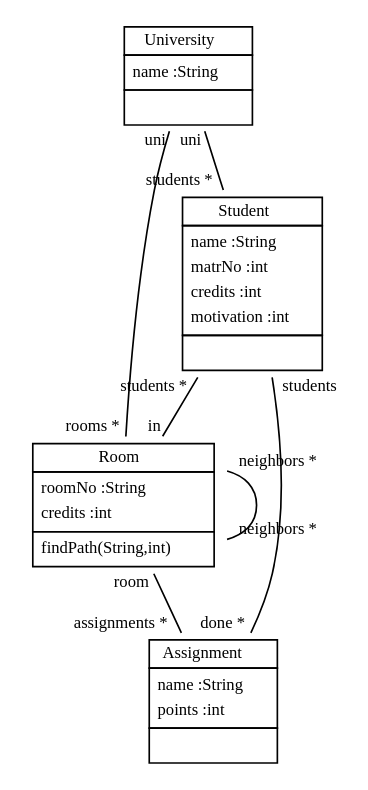
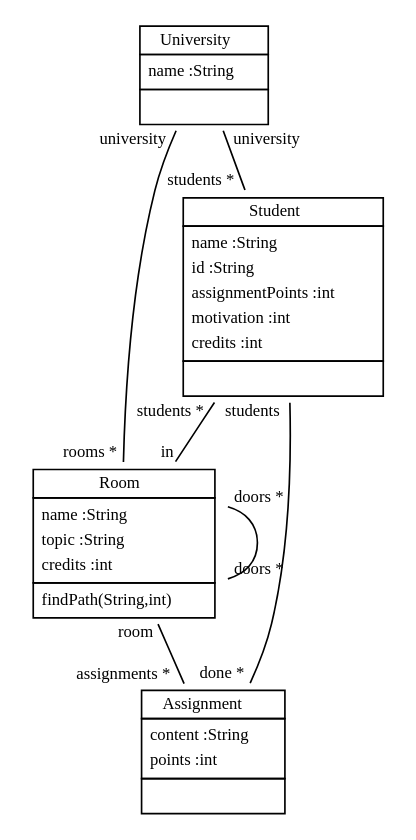
Before and after one commit to fujaba/SDMLib: the diagram in doc/StudyRightClasses04b.dot, drawn with Graphviz. The commit also changed 43 other files, not shown here.

```diff
--- a/doc/StudyRightClasses04b.dot
+++ b/doc/StudyRightClasses04b.dot
@@ -1,20 +1,20 @@
 
  digraph ClassDiagram {
     node [shape = none, fontsize = 10]; 
     edge [fontsize = 10];
     
     
-    _University [label=<<table border='0' cellborder='1' cellspacing='0'> <tr> <td HREF="../examples/org/sdmlib/examples/studyright/University.java">University</td> </tr> <tr><td><table border='0' cellborder='0' cellspacing='0'> <tr><td align='left'>name :String</td></tr>  </table></td></tr> <tr><td><table border='0' cellborder='0' cellspacing='0'> <tr><td> </td></tr> </table></td></tr> </table>>];
-    _Student [label=<<table border='0' cellborder='1' cellspacing='0'> <tr> <td HREF="../examples/org/sdmlib/examples/studyright/Student.java">Student</td> </tr> <tr><td><table border='0' cellborder='0' cellspacing='0'> <tr><td align='left'>name :String</td></tr> <tr><td align='left'>matrNo :int</td></tr> <tr><td align='left'>credits :int</td></tr> <tr><td align='left'>motivation :int</td></tr>  </table></td></tr> <tr><td><table border='0' cellborder='0' cellspacing='0'> <tr><td> </td></tr> </table></td></tr> </table>>];
-    _Room [label=<<table border='0' cellborder='1' cellspacing='0'> <tr> <td HREF="../examples/org/sdmlib/examples/studyright/Room.java">Room</td> </tr> <tr><td><table border='0' cellborder='0' cellspacing='0'> <tr><td align='left'>roomNo :String</td></tr> <tr><td align='left'>credits :int</td></tr>  </table></td></tr> <tr><td><table border='0' cellborder='0' cellspacing='0'> <tr><td align='left'>findPath(String,int)</td></tr>  </table></td></tr> </table>>];
-    _Assignment [label=<<table border='0' cellborder='1' cellspacing='0'> <tr> <td HREF="../examples/org/sdmlib/examples/studyright/Assignment.java">Assignment</td> </tr> <tr><td><table border='0' cellborder='0' cellspacing='0'> <tr><td align='left'>name :String</td></tr> <tr><td align='left'>points :int</td></tr>  </table></td></tr> <tr><td><table border='0' cellborder='0' cellspacing='0'> <tr><td> </td></tr> </table></td></tr> </table>>];
+    _University [label=<<table border='0' cellborder='1' cellspacing='0'> <tr> <td HREF="../examples/org/sdmlib/examples/studyrightWithAssignments/University.java">University</td> </tr> <tr><td><table border='0' cellborder='0' cellspacing='0'> <tr><td align='left'>name :String</td></tr>  </table></td></tr> <tr><td><table border='0' cellborder='0' cellspacing='0'> <tr><td> </td></tr> </table></td></tr> </table>>];
+    _Student [label=<<table border='0' cellborder='1' cellspacing='0'> <tr> <td HREF="../examples/org/sdmlib/examples/studyrightWithAssignments/Student.java">Student</td> </tr> <tr><td><table border='0' cellborder='0' cellspacing='0'> <tr><td align='left'>name :String</td></tr> <tr><td align='left'>id :String</td></tr> <tr><td align='left'>assignmentPoints :int</td></tr> <tr><td align='left'>motivation :int</td></tr> <tr><td align='left'>credits :int</td></tr>  </table></td></tr> <tr><td><table border='0' cellborder='0' cellspacing='0'> <tr><td> </td></tr> </table></td></tr> </table>>];
+    _Room [label=<<table border='0' cellborder='1' cellspacing='0'> <tr> <td HREF="../examples/org/sdmlib/examples/studyrightWithAssignments/Room.java">Room</td> </tr> <tr><td><table border='0' cellborder='0' cellspacing='0'> <tr><td align='left'>name :String</td></tr> <tr><td align='left'>topic :String</td></tr> <tr><td align='left'>credits :int</td></tr>  </table></td></tr> <tr><td><table border='0' cellborder='0' cellspacing='0'> <tr><td align='left'>findPath(String,int)</td></tr>  </table></td></tr> </table>>];
+    _Assignment [label=<<table border='0' cellborder='1' cellspacing='0'> <tr> <td HREF="../examples/org/sdmlib/examples/studyrightWithAssignments/Assignment.java">Assignment</td> </tr> <tr><td><table border='0' cellborder='0' cellspacing='0'> <tr><td align='left'>content :String</td></tr> <tr><td align='left'>points :int</td></tr>  </table></td></tr> <tr><td><table border='0' cellborder='0' cellspacing='0'> <tr><td> </td></tr> </table></td></tr> </table>>];
     
     
     
-    _University -> _Student [headlabel = "students *" taillabel = "uni" arrowhead = "none" ];
-    _University -> _Room [headlabel = "rooms *" taillabel = "uni" arrowhead = "none" ];
-    _Room -> _Room [headlabel = "neighbors *" taillabel = "neighbors *" arrowhead = "none" ];
+    _University -> _Student [headlabel = "students *" taillabel = "university" arrowhead = "none" ];
+    _University -> _Room [headlabel = "rooms *" taillabel = "university" arrowhead = "none" ];
+    _Room -> _Room [headlabel = "doors *" taillabel = "doors *" arrowhead = "none" ];
     _Student -> _Room [headlabel = "in" taillabel = "students *" arrowhead = "none" ];
     _Room -> _Assignment [headlabel = "assignments *" taillabel = "room" arrowhead = "none" ];
     _Student -> _Assignment [headlabel = "done *" taillabel = "students" arrowhead = "none" ];
 }
```
